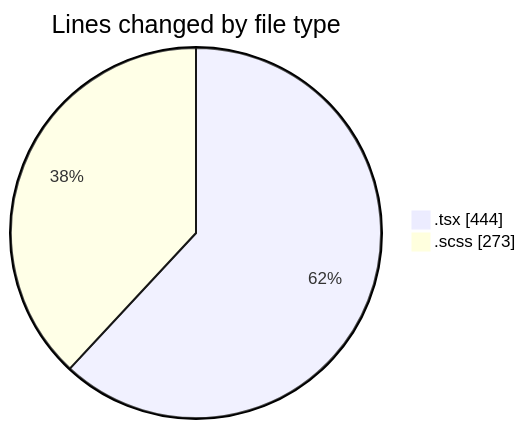
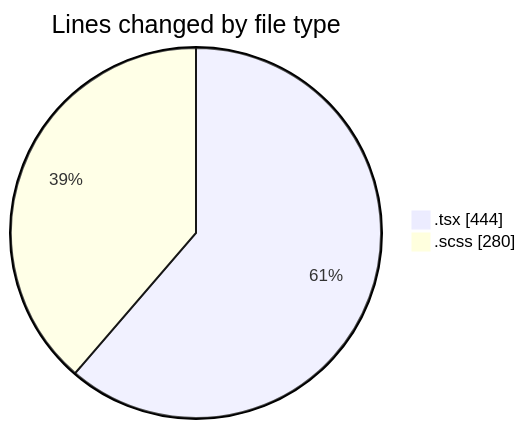
One commit to momahboobian/code-tracking changed the first of 2 diagrams in 2025-10-06/cda/README.md. Above: the diagram before and after it, drawn with Mermaid. The commit also changed other lines of this file and 1 other file, not shown here.

````diff
--- a/2025-10-06/cda/README.md
+++ b/2025-10-06/cda/README.md
@@ -21,6 +21,6 @@
 ```mermaid
 pie showData
 title Lines changed by file type
 ".tsx" : 444
-".scss" : 273
+".scss" : 280
 ```
````
